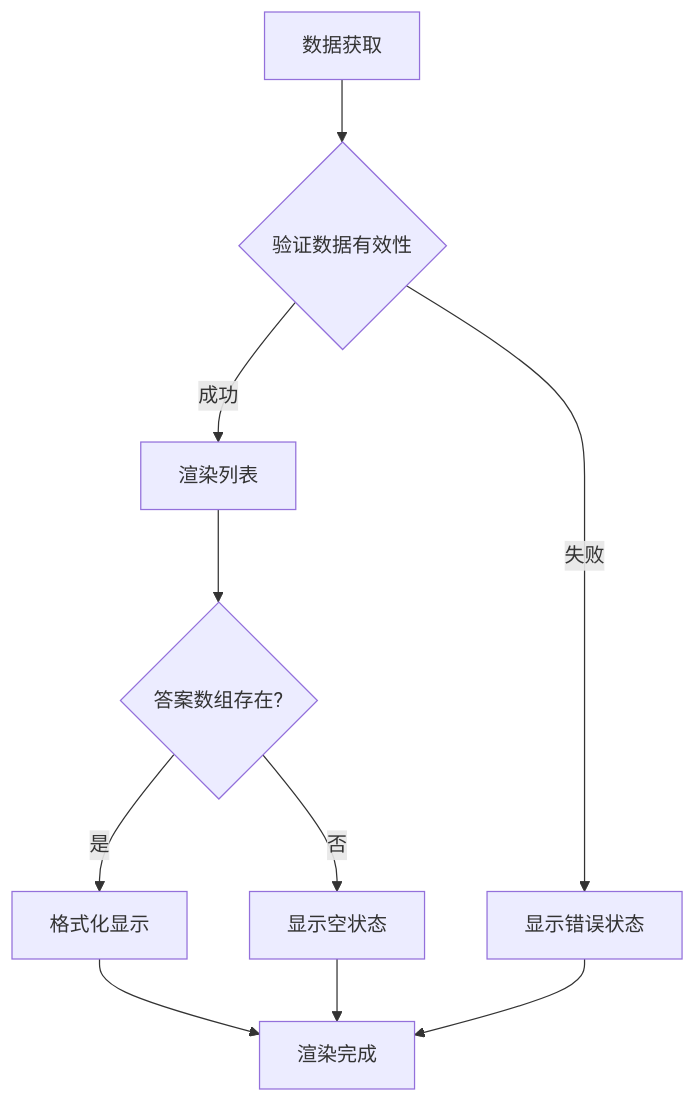
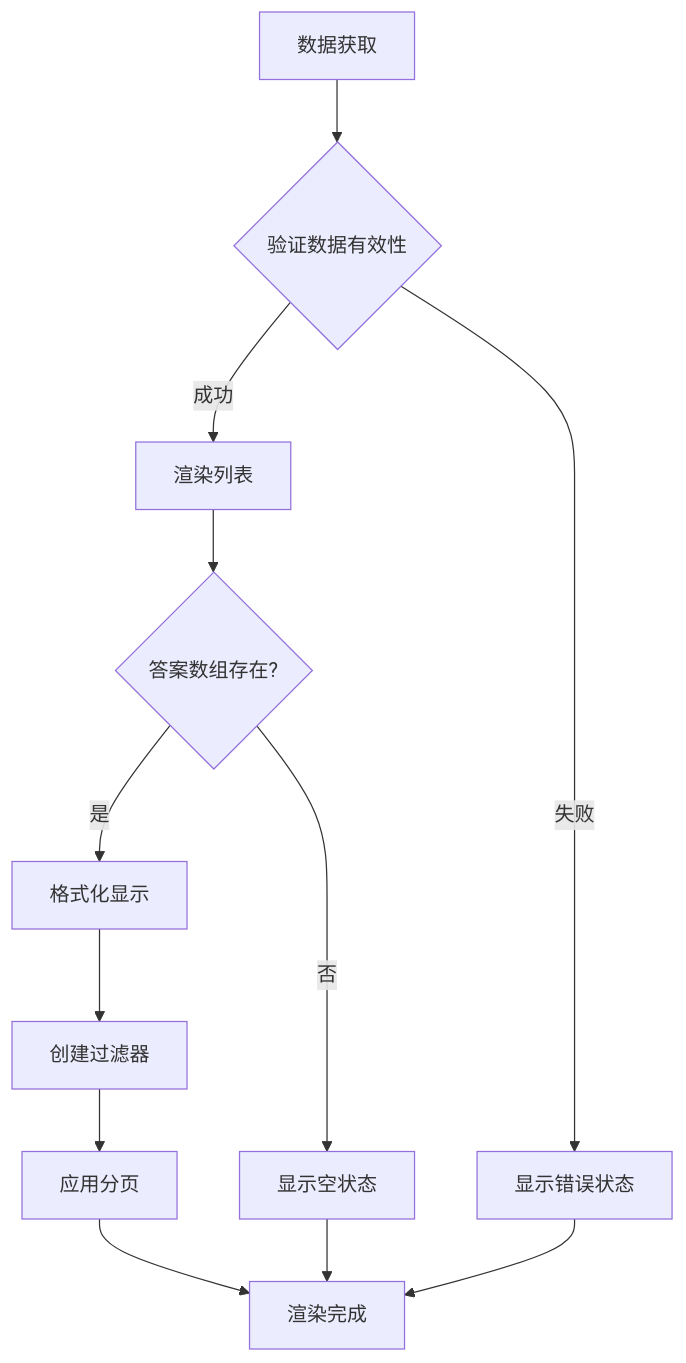
One commit to billychou/linkedin-answer changed the sixth of 13 diagrams in .qoder/repowiki/zh/content/核心功能模块/游戏组件系统/ArchivesList 历史记录列表组件.md. Above: the diagram before and after it, drawn with Mermaid. The commit also changed other lines of this file and 10 other files, not shown here.

````diff
--- a/.qoder/repowiki/zh/content/核心功能模块/游戏组件系统/ArchivesList 历史记录列表组件.md
+++ b/.qoder/repowiki/zh/content/核心功能模块/游戏组件系统/ArchivesList 历史记录列表组件.md
@@ -234,12 +264,14 @@
 ```mermaid
 flowchart TD
 DataFetch[数据获取] --> ValidateData{"验证数据有效性"}
 ValidateData --> |成功| RenderList["渲染列表"]
 ValidateData --> |失败| ShowError["显示错误状态"]
 RenderList --> CheckAnswers{"答案数组存在?"}
 CheckAnswers --> |是| FormatDisplay["格式化显示"]
 CheckAnswers --> |否| ShowEmpty["显示空状态"]
-FormatDisplay --> RenderComplete["渲染完成"]
+FormatDisplay --> CreateFilters["创建过滤器"]
+CreateFilters --> ApplyPagination["应用分页"]
+ApplyPagination --> RenderComplete["渲染完成"]
 ShowEmpty --> RenderComplete
 ShowError --> RenderComplete
 ```
````
